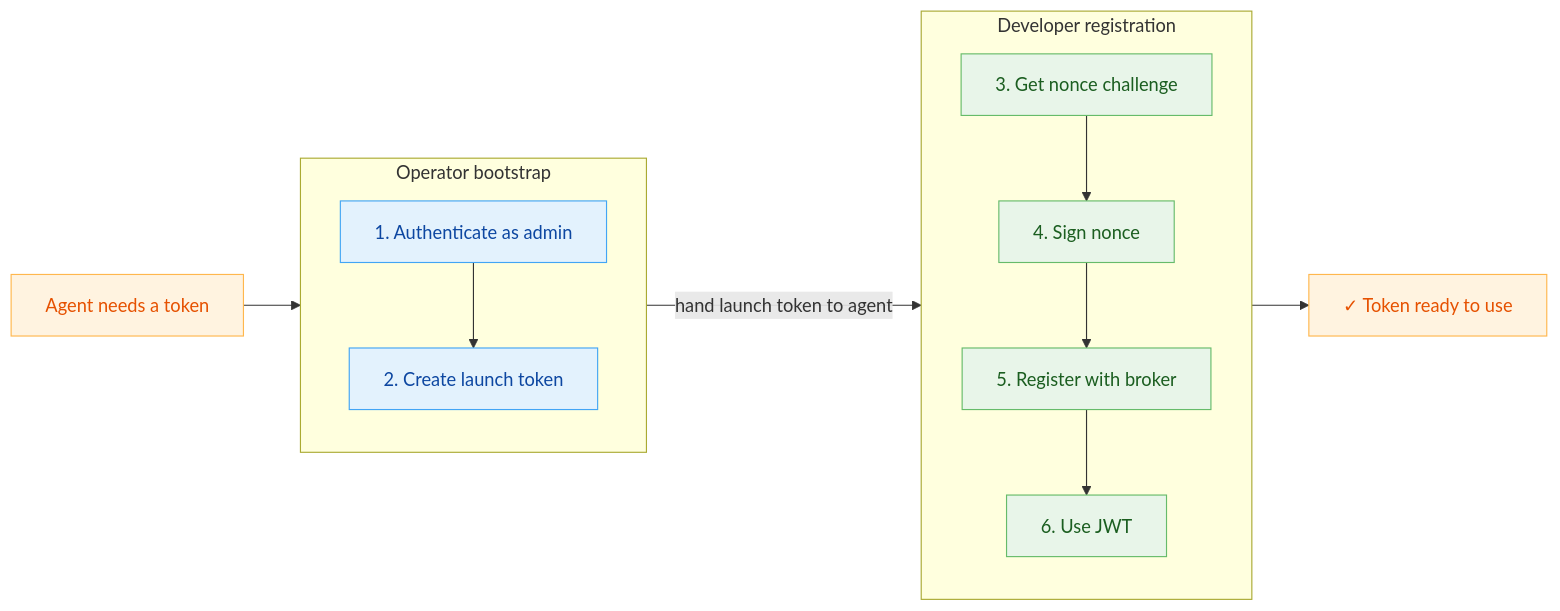
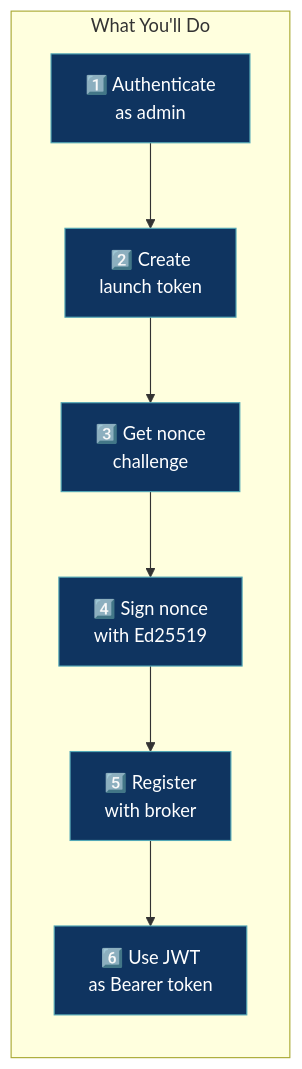
Before and after one commit to devonartis/agentwrit: the diagram in docs/getting-started-user.md, drawn with Mermaid. The commit also changed other lines of this file and 26 other files, not shown here.

````diff
--- a/docs/getting-started-user.md
+++ b/docs/getting-started-user.md
@@ -127,32 +117,16 @@
 ```mermaid
 flowchart LR
-    Need["Agent needs a token"]
-
-    subgraph Operator["Operator bootstrap"]
+    subgraph You["What You'll Do"]
         direction TB
-        O1["1. Authenticate as admin"]
-        O2["2. Create launch token"]
-        O1 --> O2
+        S1["1️⃣ Authenticate<br/>as admin"]
+        S2["2️⃣ Create<br/>launch token"]
+        S3["3️⃣ Get nonce<br/>challenge"]
+        S4["4️⃣ Sign nonce<br/>with Ed25519"]
+        S5["5️⃣ Register<br/>with broker"]
+        S6["6️⃣ Use JWT<br/>as Bearer token"]
+        S1 --> S2 --> S3 --> S4 --> S5 --> S6
     end
 
-    subgraph Developer["Developer registration"]
-        direction TB
-        D1["3. Get nonce challenge"]
-        D2["4. Sign nonce"]
-        D3["5. Register with broker"]
-        D4["6. Use JWT"]
-        D1 --> D2 --> D3 --> D4
-    end
-
-    Need --> O1
-    O2 -->|"hand launch token to agent"| D1
-    D4 --> Ready["✓ Token ready to use"]
-
-    classDef operator fill:#e3f2fd,stroke:#42a5f5,color:#0d47a1
-    classDef developer fill:#e8f5e9,stroke:#66bb6a,color:#1b5e20
-    classDef outcome fill:#fff3e0,stroke:#ffb74d,color:#e65100
-
-    class O1,O2 operator
-    class D1,D2,D3,D4 developer
-    class Need,Ready outcome
+    classDef step fill:#0f3460,stroke:#53a8b6,color:#fff
+    class S1,S2,S3,S4,S5,S6 step
 ```
````
